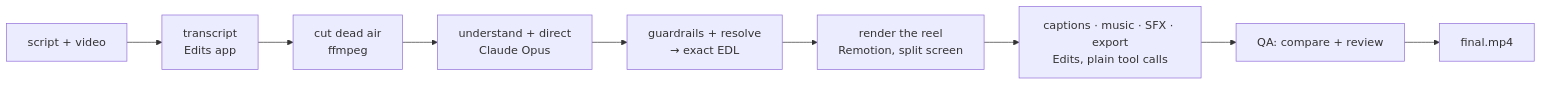
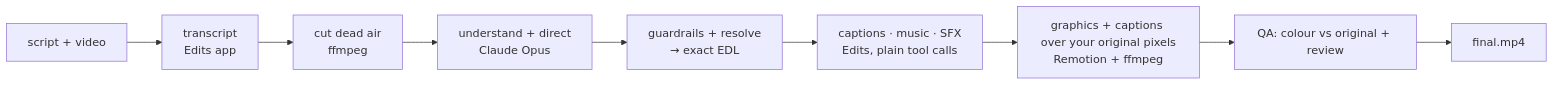
One commit to yashm1/instaedits changed the diagram in README.md. Above: the diagram before and after it, drawn with Mermaid. The commit also changed other lines of this file and 17 other files, not shown here.

First line of the commit message:
fix: keep the camera's original colour — the speaker is never re-encoded by Chrome or Edits

````diff
--- a/README.md
+++ b/README.md
@@ -101,11 +101,11 @@
 ```mermaid
 flowchart LR
   A[script + video] --> B[transcript<br/>Edits app]
   B --> C[cut dead air<br/>ffmpeg]
   C --> D[understand + direct<br/>Claude Opus]
   D --> E[guardrails + resolve<br/>→ exact EDL]
-  E --> F[render the reel<br/>Remotion, split screen]
-  F --> G[captions · music · SFX · export<br/>Edits, plain tool calls]
-  G --> H[QA: compare + review]
+  E --> G[captions · music · SFX<br/>Edits, plain tool calls]
+  G --> F[graphics + captions over your original pixels<br/>Remotion + ffmpeg]
+  F --> H[QA: colour vs original + review]
   H --> I[final.mp4]
 ```
````
